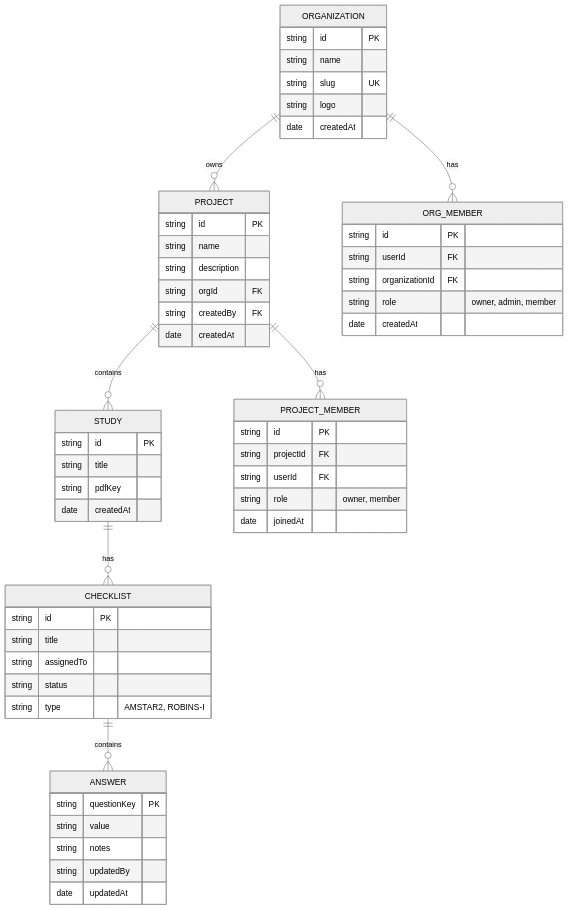
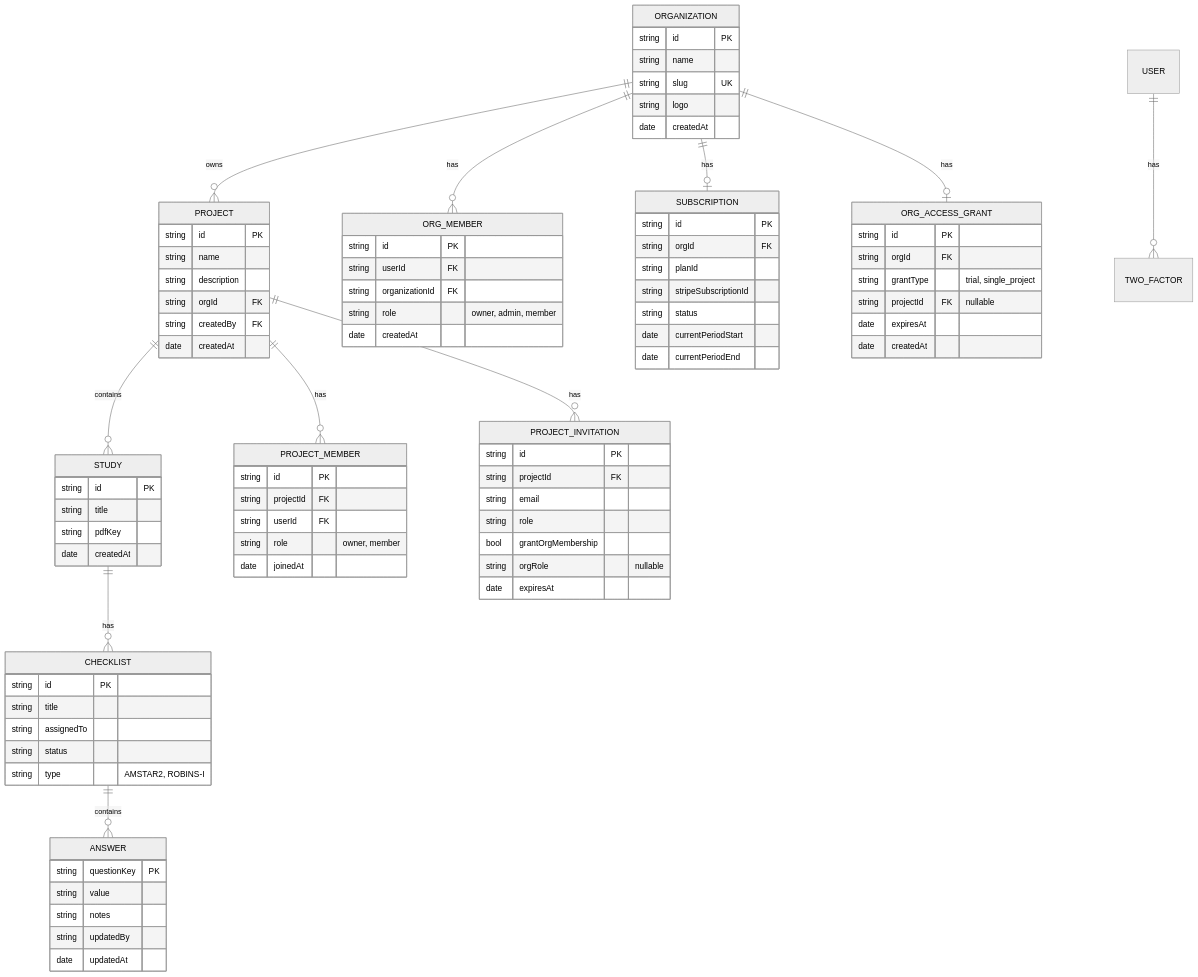
One commit to InfinityBowman/corates changed the diagram in packages/docs/architecture/diagrams/04-data-model.md. Above: the diagram before and after it, drawn with Mermaid (neutral theme). The commit also changed other lines of this file and 12 other files, not shown here.

```diff
--- a/packages/docs/architecture/diagrams/04-data-model.md
+++ b/packages/docs/architecture/diagrams/04-data-model.md
@@ -6,10 +6,14 @@
 erDiagram
     ORGANIZATION ||--o{ PROJECT : owns
     ORGANIZATION ||--o{ ORG_MEMBER : has
+    ORGANIZATION ||--o| SUBSCRIPTION : has
+    ORGANIZATION ||--o| ORG_ACCESS_GRANT : has
     PROJECT ||--o{ STUDY : contains
     PROJECT ||--o{ PROJECT_MEMBER : has
+    PROJECT ||--o{ PROJECT_INVITATION : has
     STUDY ||--o{ CHECKLIST : has
     CHECKLIST ||--o{ ANSWER : contains
+    USER ||--o{ TWO_FACTOR : has
 
     ORGANIZATION {
         string id PK
@@ -24,6 +28,25 @@
         string userId FK
         string organizationId FK
         string role "owner, admin, member"
+        date createdAt
+    }
+
+    SUBSCRIPTION {
+        string id PK
+        string orgId FK
+        string planId
+        string stripeSubscriptionId
+        string status
+        date currentPeriodStart
+        date currentPeriodEnd
+    }
+
+    ORG_ACCESS_GRANT {
+        string id PK
+        string orgId FK
+        string grantType "trial, single_project"
+        string projectId FK "nullable"
+        date expiresAt
         date createdAt
     }
 
@@ -42,6 +65,16 @@
         string userId FK
         string role "owner, member"
         date joinedAt
+    }
+
+    PROJECT_INVITATION {
+        string id PK
+        string projectId FK
+        string email
+        string role
+        bool grantOrgMembership
+        string orgRole "nullable"
+        date expiresAt
     }
 
     STUDY {
```
